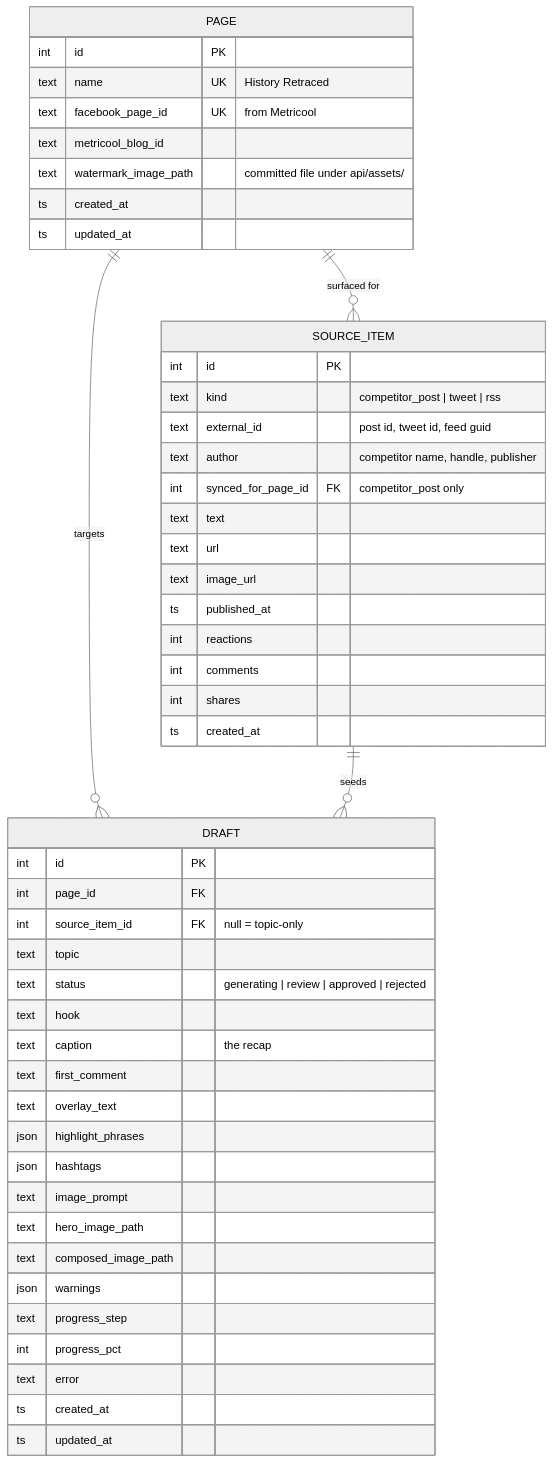
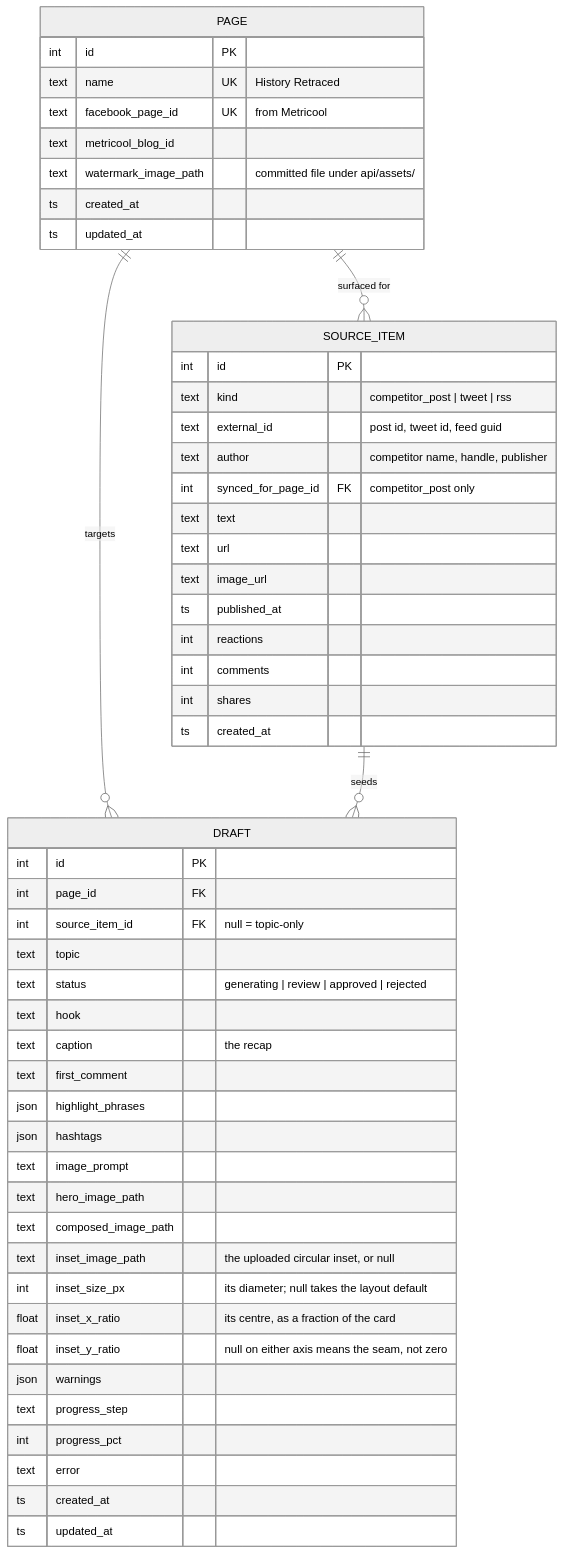
Before and after one commit to nauqh/fb-agent: the diagram in docs/data-model.md, drawn with Mermaid (neutral theme). The commit also changed 16 other files, not shown here.

First line of the commit message:
feat(image): circular inset, uploaded and placed by the operator

````diff
--- a/docs/data-model.md
+++ b/docs/data-model.md
@@ -44,55 +44,58 @@
 ```mermaid
 erDiagram
     PAGE ||--o{ DRAFT : "targets"
     PAGE ||--o{ SOURCE_ITEM : "surfaced for"
     SOURCE_ITEM ||--o{ DRAFT : "seeds"
 
     PAGE {
         int id PK
         text name UK "History Retraced"
         text facebook_page_id UK "from Metricool"
         text metricool_blog_id
         text watermark_image_path "committed file under api/assets/"
         ts created_at
         ts updated_at
     }
 
     SOURCE_ITEM {
         int id PK
         text kind "competitor_post | tweet | rss"
         text external_id "post id, tweet id, feed guid"
         text author "competitor name, handle, publisher"
         int synced_for_page_id FK "competitor_post only"
         text text
         text url
         text image_url
         ts published_at
         int reactions
         int comments
         int shares
         ts created_at
     }
 
     DRAFT {
         int id PK
         int page_id FK
         int source_item_id FK "null = topic-only"
         text topic
         text status "generating | review | approved | rejected"
         text hook
         text caption "the recap"
         text first_comment
-        text overlay_text
         json highlight_phrases
         json hashtags
         text image_prompt
         text hero_image_path
         text composed_image_path
+        text inset_image_path "the uploaded circular inset, or null"
+        int inset_size_px "its diameter; null takes the layout default"
+        float inset_x_ratio "its centre, as a fraction of the card"
+        float inset_y_ratio "null on either axis means the seam, not zero"
         json warnings
         text progress_step
         int progress_pct
         text error
         ts created_at
         ts updated_at
     }
 ```
````
